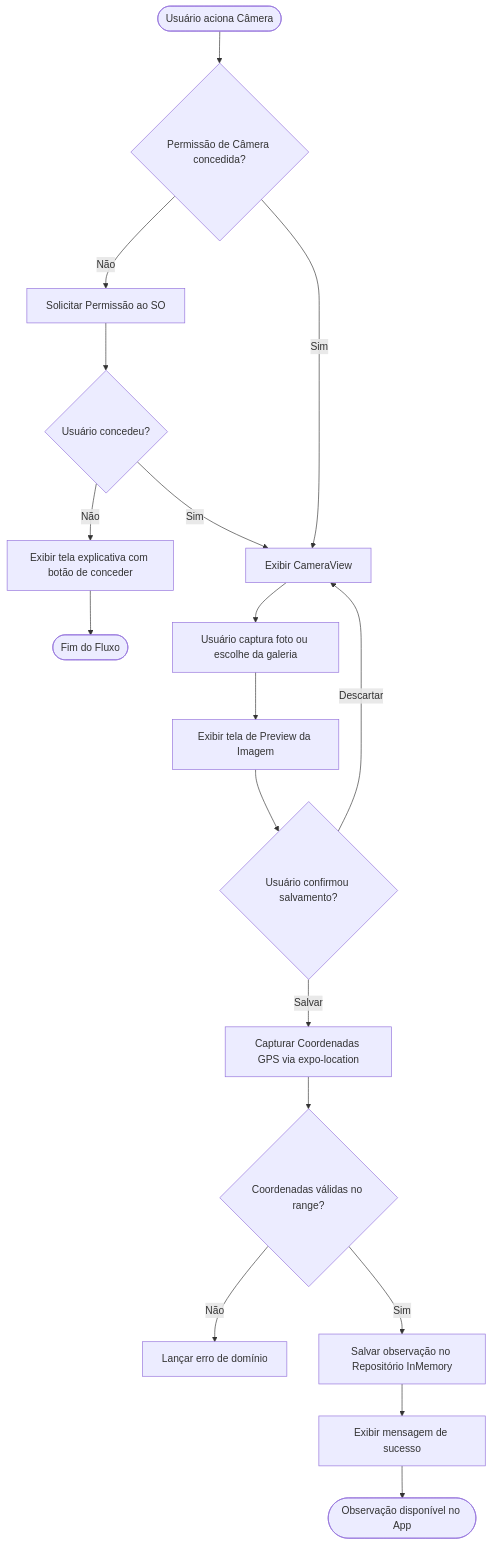
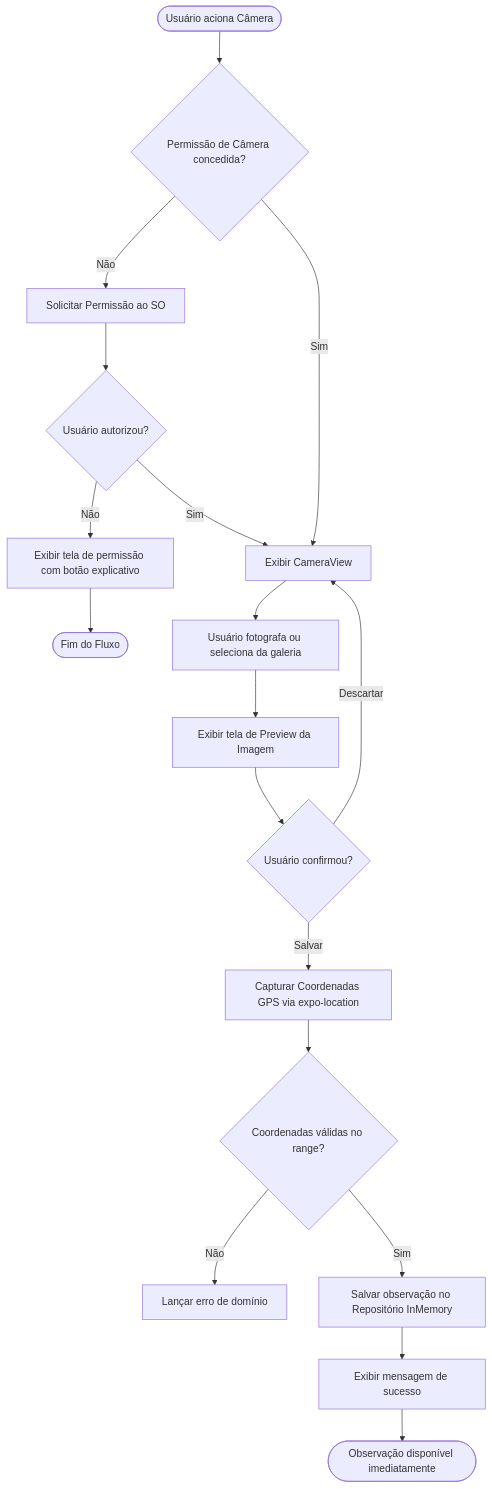
Before and after one commit to JoaoPedroScalioni/MOBILEEE: the eighth of 9 diagrams in docs/documento-software-mobile.md, drawn with Mermaid. The commit also changed other lines of this file and 2 other files, not shown here.

Commit message:
docs: add software engineering and architectural specification document for the mobile application

````diff
--- a/docs/documento-software-mobile.md
+++ b/docs/documento-software-mobile.md
@@ -354,23 +385,23 @@
 ```mermaid
 flowchart TD
     Inicio([Usuário aciona Câmera]) --> ValidaPermissao{Permissão de Câmera concedida?}
     ValidaPermissao -- Não --> PedePermissao[Solicitar Permissão ao SO]
-    PedePermissao --> PermissaoAceita{Usuário concedeu?}
-    PermissaoAceita -- Não --> AlertaNegado[Exibir tela explicativa com botão de conceder]
+    PedePermissao --> PermissaoAceita{Usuário autorizou?}
+    PermissaoAceita -- Não --> AlertaNegado[Exibir tela de permissão com botão explicativo]
     AlertaNegado --> Fim([Fim do Fluxo])
     
     PermissaoAceita -- Sim --> AbreCamera[Exibir CameraView]
     ValidaPermissao -- Sim --> AbreCamera
 
-    AbreCamera --> CapturaFoto[Usuário captura foto ou escolhe da galeria]
+    AbreCamera --> CapturaFoto[Usuário fotografa ou seleciona da galeria]
     CapturaFoto --> MostraPreview[Exibir tela de Preview da Imagem]
-    MostraPreview --> DecideAcao{Usuário confirmou salvamento?}
+    MostraPreview --> DecideAcao{Usuário confirmou?}
     DecideAcao -- Descartar --> AbreCamera
     DecideAcao -- Salvar --> PegaGPS[Capturar Coordenadas GPS via expo-location]
 
     PegaGPS --> ValidaGPS{Coordenadas válidas no range?}
     ValidaGPS -- Não --> AlertaGPS[Lançar erro de domínio]
     ValidaGPS -- Sim --> SalvaRegistro[Salvar observação no Repositório InMemory]
     SalvaRegistro --> NotificaSucesso[Exibir mensagem de sucesso]
-    NotificaSucesso --> FimSucesso([Observação disponível no App])
+    NotificaSucesso --> FimSucesso([Observação disponível imediatamente])
 ```
````
